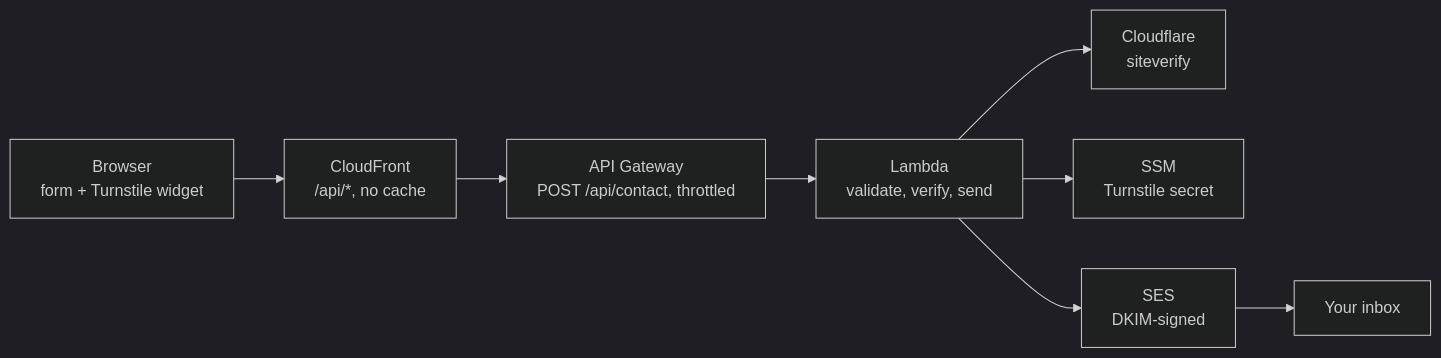
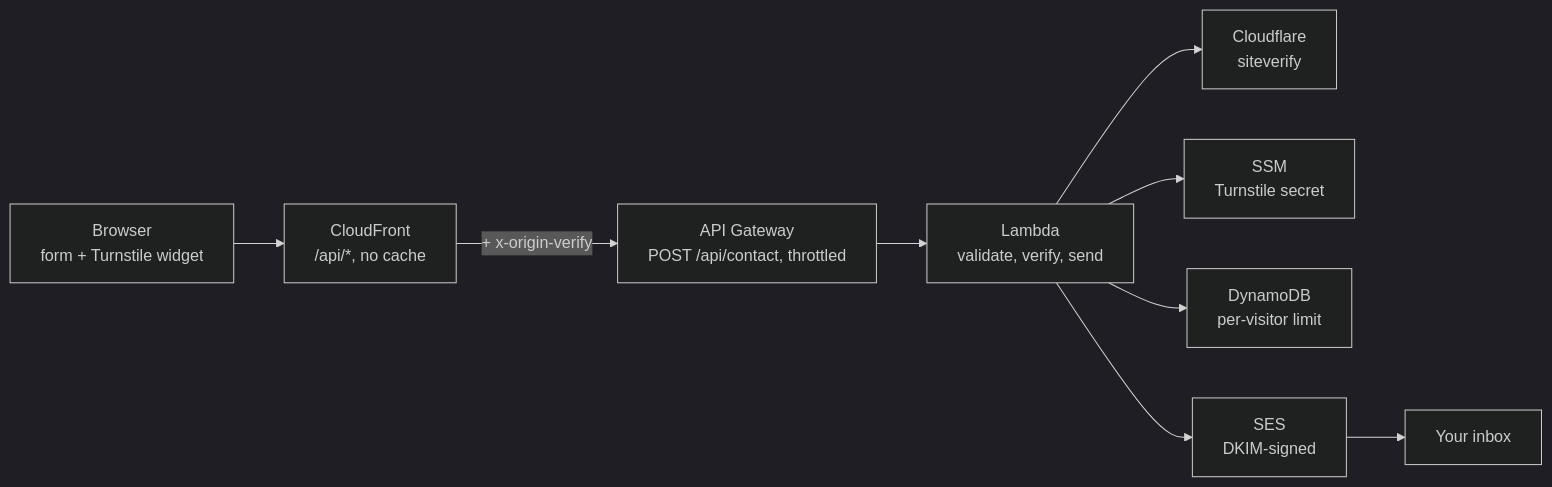
The diagram in docs/contact.md (Somnef/portfolio), drawn with Mermaid (dark theme) before and after one commit. The commit also changed other lines of this file, not shown here.

Commit message:
docs: describe the contact form's checks, the per-visitor limit and the origin secret

````diff
--- a/docs/contact.md
+++ b/docs/contact.md
@@ -11,16 +11,18 @@
 ```mermaid
 flowchart LR
   browser["Browser<br/>form + Turnstile widget"]
   cf["CloudFront<br/>/api/*, no cache"]
   api["API Gateway<br/>POST /api/contact, throttled"]
   fn["Lambda<br/>validate, verify, send"]
   ts["Cloudflare<br/>siteverify"]
   ssm["SSM<br/>Turnstile secret"]
+  ddb["DynamoDB<br/>per-visitor limit"]
   ses["SES<br/>DKIM-signed"]
   inbox["Your inbox"]
 
-  browser --> cf --> api --> fn
+  browser --> cf -- "+ x-origin-verify" --> api --> fn
   fn --> ts
   fn --> ssm
+  fn --> ddb
   fn --> ses --> inbox
 ```
````
